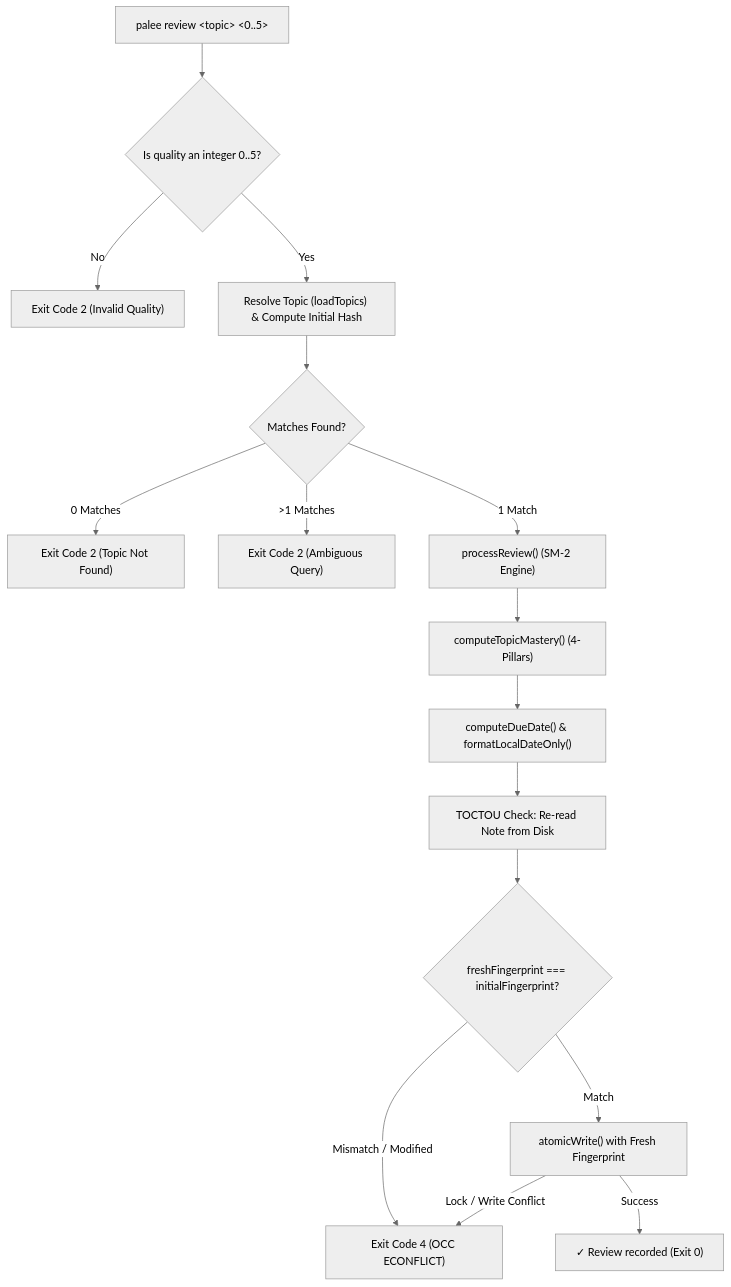
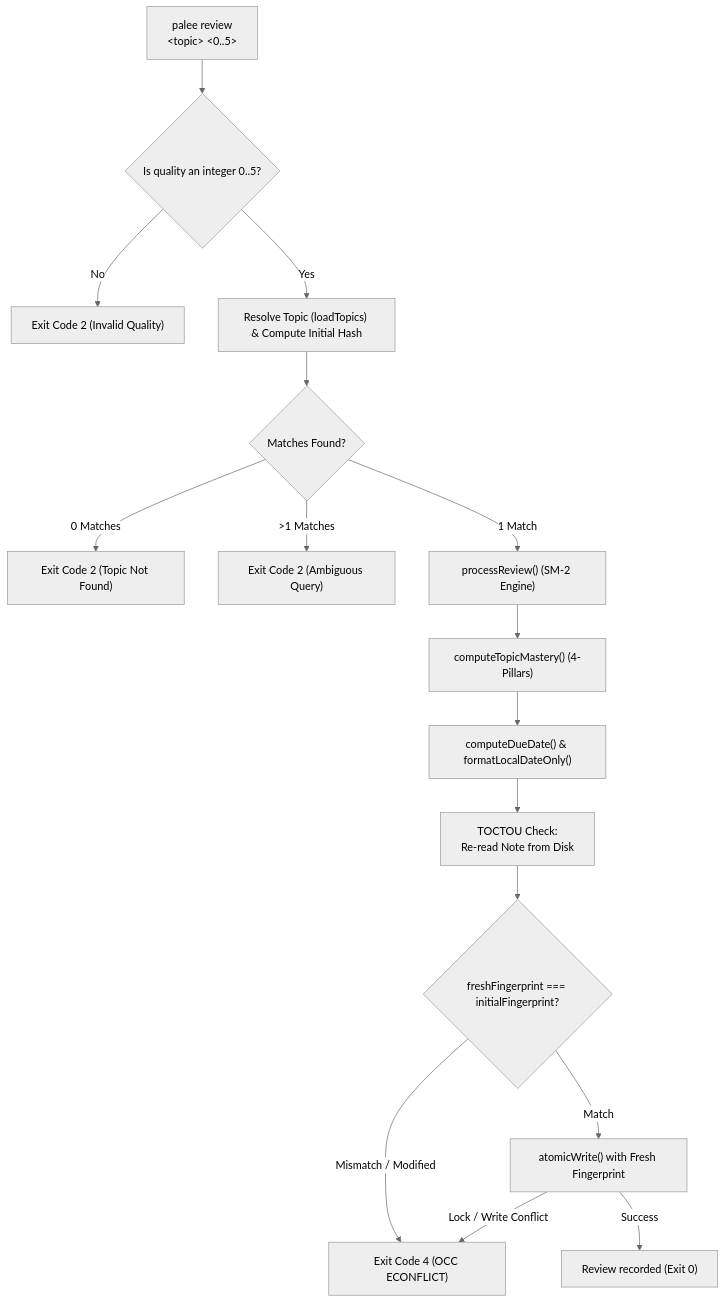
One commit to Kuldeep2822k/cli changed the diagram in docs/02-2-review-and-scheduling-commands.md. Above: the diagram before and after it, drawn with Mermaid (neutral theme). The commit also changed 22 other files, not shown here.

First line of the commit message:
docs: resolve documentation audit drift, navigation gaps, and diagram layouts (#189)

````diff
--- a/docs/02-2-review-and-scheduling-commands.md
+++ b/docs/02-2-review-and-scheduling-commands.md
@@ -83,21 +83,21 @@
 ```mermaid
 flowchart TD
-    ReviewInput["palee review &lt;topic&gt; &lt;0..5&gt;"] --> ValRating{"Is quality an integer 0..5?"}
+    ReviewInput["palee review<br/>&lt;topic&gt; &lt;0..5&gt;"] --> ValRating{"Is quality an integer 0..5?"}
     ValRating -->|"No"| ErrRating["Exit Code 2 (Invalid Quality)"]
     ValRating -->|"Yes"| FindTopic["Resolve Topic (loadTopics) & Compute Initial Hash"]
     
     FindTopic --> MatchCheck{"Matches Found?"}
     MatchCheck -->|"0 Matches"| ErrNotFound["Exit Code 2 (Topic Not Found)"]
     MatchCheck -->|"&gt;1 Matches"| ErrAmbiguous["Exit Code 2 (Ambiguous Query)"]
     MatchCheck -->|"1 Match"| SM2Calc["processReview() (SM-2 Engine)"]
     
     SM2Calc --> MastSync["computeTopicMastery() (4-Pillars)"]
     MastSync --> DateCalc["computeDueDate() & formatLocalDateOnly()"]
-    DateCalc --> PreWriteRead["TOCTOU Check: Re-read Note from Disk"]
+    DateCalc --> PreWriteRead["TOCTOU Check:<br/>Re-read Note from Disk"]
     PreWriteRead --> HashMatch{"freshFingerprint === initialFingerprint?"}
     HashMatch -->|"Mismatch / Modified"| ErrOCC["Exit Code 4 (OCC ECONFLICT)"]
     HashMatch -->|"Match"| AtomicCommit["atomicWrite() with Fresh Fingerprint"]
     
     AtomicCommit -->|"Lock / Write Conflict"| ErrOCC
-    AtomicCommit -->|"Success"| SuccessReview["✓ Review recorded (Exit 0)"]
+    AtomicCommit -->|"Success"| SuccessReview["Review recorded (Exit 0)"]
 ```
````
